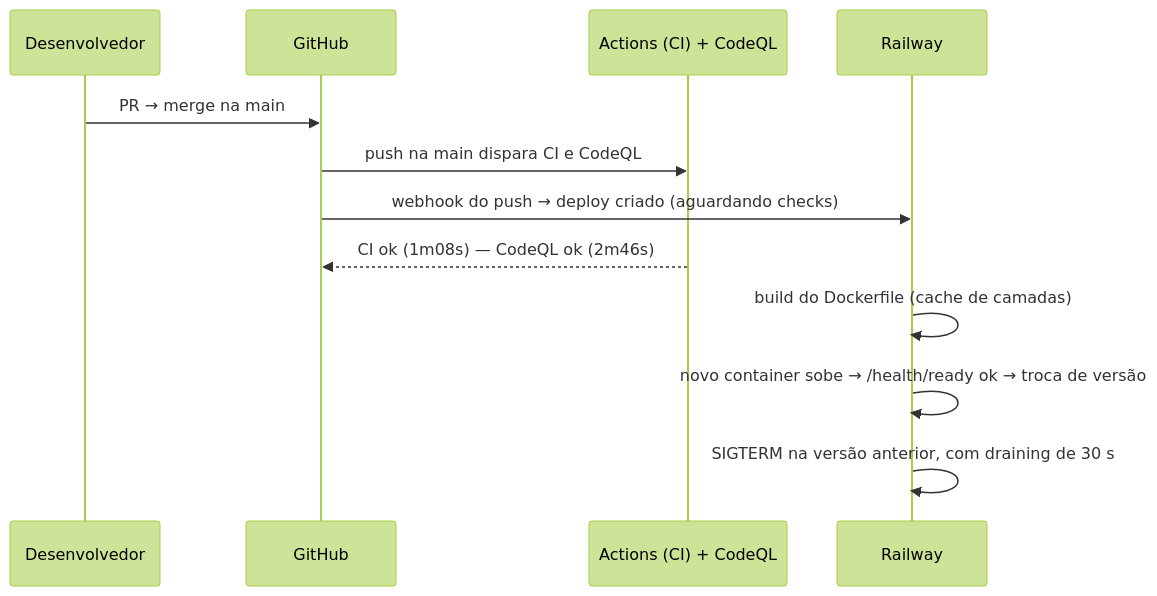
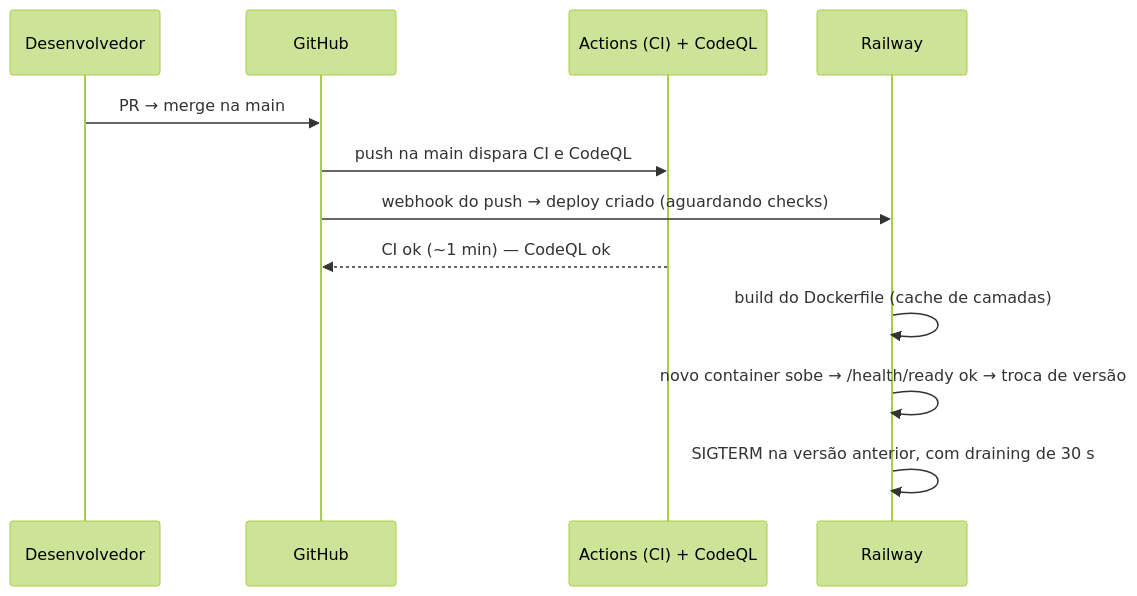
The sixth of 8 diagrams in Docs/ARQUITETURA.md (Gustavo-C-almeida/tratoo), drawn with Mermaid (forest theme) before and after one commit. The commit also changed other lines of this file and 2 other files, not shown here.

````diff
--- a/Docs/ARQUITETURA.md
+++ b/Docs/ARQUITETURA.md
@@ -520,14 +482,14 @@
 ```mermaid
 sequenceDiagram
     participant Dev as Desenvolvedor
     participant GH as GitHub
     participant CI as Actions (CI) + CodeQL
     participant RW as Railway
     Dev->>GH: PR → merge na main
     GH->>CI: push na main dispara CI e CodeQL
     GH->>RW: webhook do push → deploy criado (aguardando checks)
-    CI-->>GH: CI ok (1m08s) — CodeQL ok (2m46s)
+    CI-->>GH: CI ok (~1 min) — CodeQL ok
     RW->>RW: build do Dockerfile (cache de camadas)
     RW->>RW: novo container sobe → /health/ready ok → troca de versão
     RW->>RW: SIGTERM na versão anterior, com draining de 30 s
 ```
````
